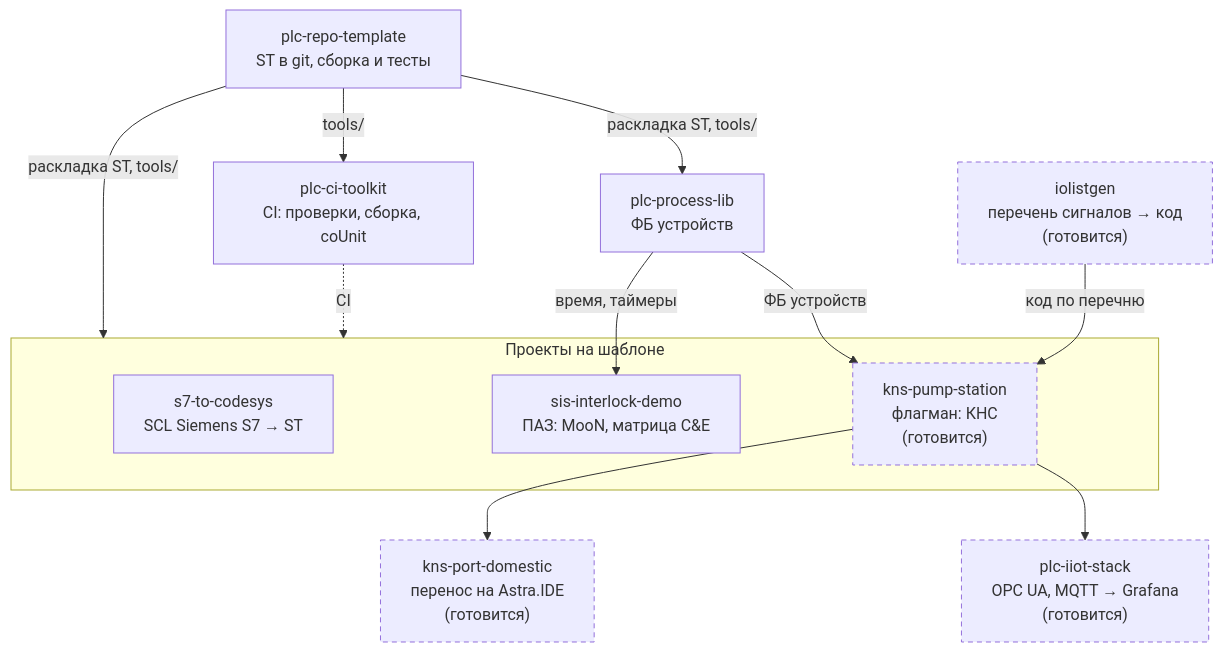
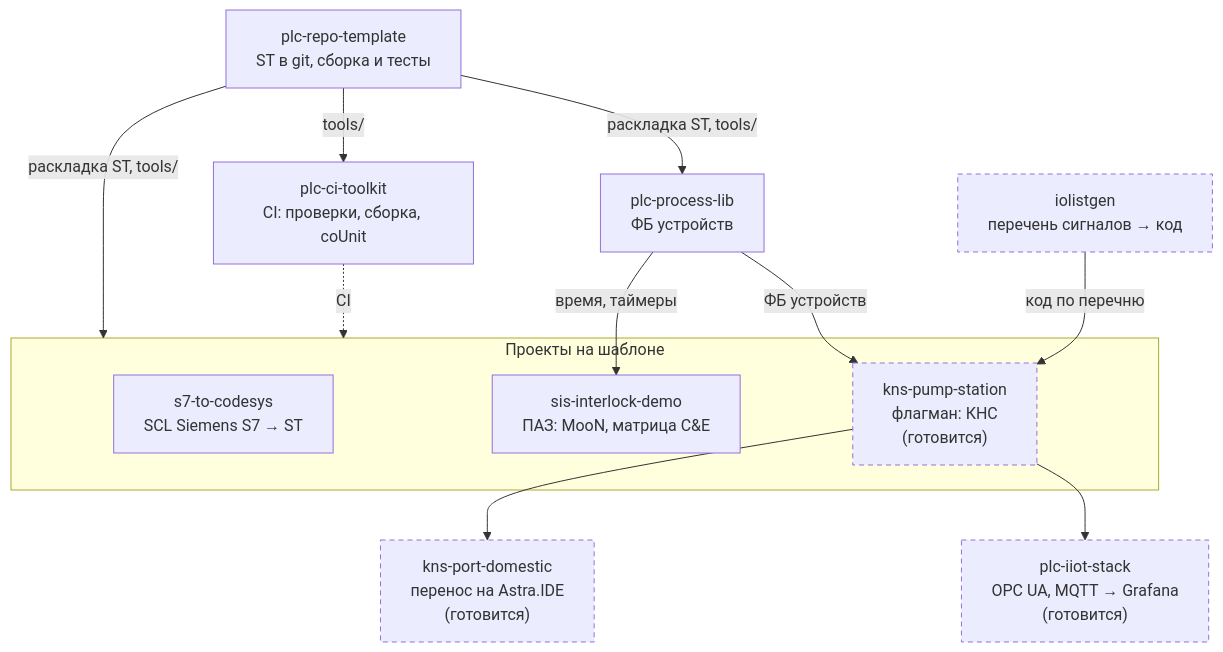
The diagram in README.md (kr0nsch/kr0nsch), drawn with Mermaid before and after one commit. The commit also changed other lines of this file, not shown here.

Commit message:
docs: iolistgen опубликован

````diff
--- a/README.md
+++ b/README.md
@@ -54,29 +56,29 @@
 ```mermaid
 flowchart TB
     tpl["plc-repo-template<br/>ST в git, сборка и тесты"]
     ci["plc-ci-toolkit<br/>CI: проверки, сборка, coUnit"]
     lib["plc-process-lib<br/>ФБ устройств"]
-    io["iolistgen<br/>перечень сигналов → код<br/>(готовится)"]
+    io["iolistgen<br/>перечень сигналов → код"]
 
     subgraph apps["Проекты на шаблоне"]
         s7["s7-to-codesys<br/>SCL Siemens S7 → ST"]
         sis["sis-interlock-demo<br/>ПАЗ: MooN, матрица C&E"]
         kns["kns-pump-station<br/>флагман: КНС<br/>(готовится)"]
     end
 
     port["kns-port-domestic<br/>перенос на Astra.IDE<br/>(готовится)"]
     iiot["plc-iiot-stack<br/>OPC UA, MQTT → Grafana<br/>(готовится)"]
 
     tpl -- "tools/" --> ci
     tpl -- "раскладка ST, tools/" --> lib
     tpl -- "раскладка ST, tools/" --> apps
     ci -.->|"CI"| apps
     lib -- "время, таймеры" --> sis
     lib -- "ФБ устройств" --> kns
     io -- "код по перечню" --> kns
     kns --> port
     kns --> iiot
 
     classDef prep stroke-dasharray: 5 4
     class io,kns,port,iiot prep
 ```
````
